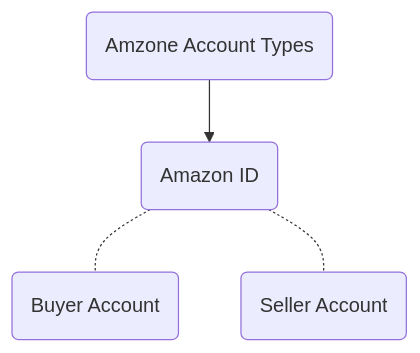
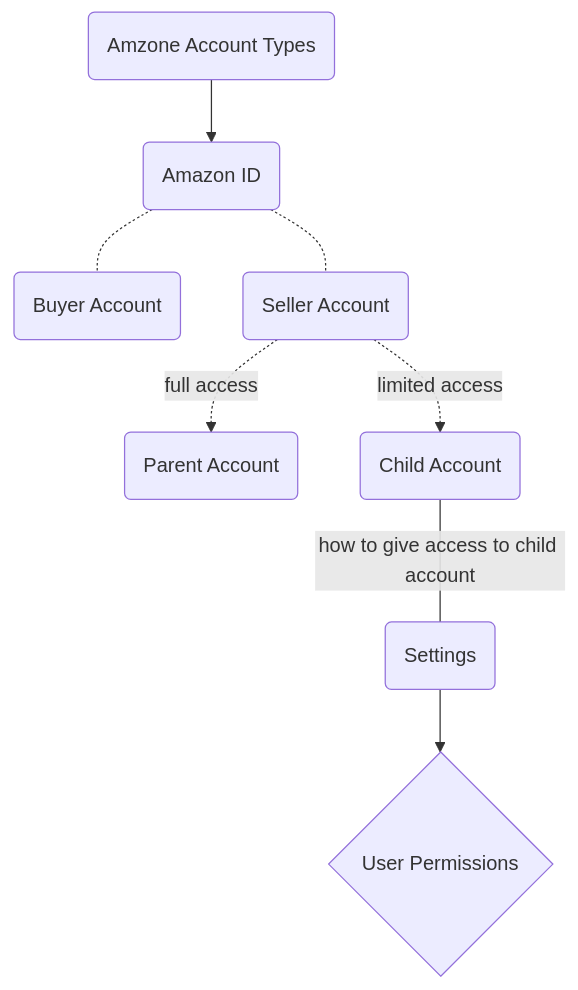
Before and after one commit to engradeelnayyar/engradeelnayyar: the fourth of 4 diagrams in amazonvirtualassistant.md, drawn with Mermaid. The commit also changed other lines of this file, not shown here.

````diff
--- a/amazonvirtualassistant.md
+++ b/amazonvirtualassistant.md
@@ -67,8 +90,11 @@
 ```mermaid
 
 graph TD
 A1(Amzone Account Types)-->A(Amazon ID)
 A(Amazon ID)-.-B(Buyer Account)
-A(Amazon ID)-.-C(Seller Account)
+A(Amazon ID)-.- C(Seller Account)
+C(Seller Account)-.->|full access |D(Parent Account)
+C(Seller Account)-.->|limited access | E(Child Account)
+E(Child Account) ---| how to give access to child account |F(Settings)-->G{User Permissions}
 
 ```
````
